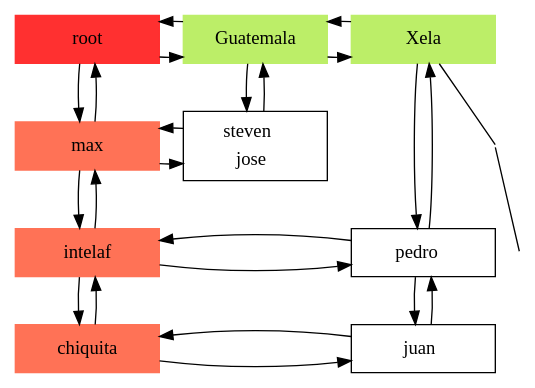
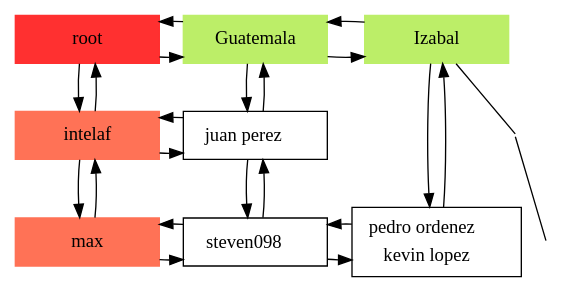
One commit to Stevensis/EDD20VJ_Proyecto1 changed the diagram in Prueba.dot. Above: the diagram before and after it, drawn with Graphviz. The commit also changed 19 other files, not shown here.

```diff
--- a/Prueba.dot
+++ b/Prueba.dot
@@ -1,56 +1,48 @@
 digraph Sparce_Matrix { 
  node [shape=box];
 -1[ label = "root", width = 1.5, style = filled, color = firebrick1, group = 1 ]; 
  e0[ shape = point, width = 0 ]; 
  e1[ shape = point, width = 0 ]; 
 
  /* Empresas */ 
-1 [label = "max"    pos = "5.3,3.5!" width = 1.5 style = filled, color = coral1, group = 1 ]; 
+1 [label = "intelaf"    pos = "5.3,3.5!" width = 1.5 style = filled, color = coral1, group = 1 ]; 
 { rank = same; 1 ; 0 }
 1 -> 0
 0 -> 1
 e0[ shape = point, width = 0 ];{ rank = same; 1; e0 }
  /* Empresas */ 
-4 [label = "intelaf"    pos = "5.3,3.5!" width = 1.5 style = filled, color = coral1, group = 1 ]; 
-{ rank = same; 4 ; 3 }
+4 [label = "max"    pos = "5.3,3.5!" width = 1.5 style = filled, color = coral1, group = 1 ]; 
+{ rank = same; 4 ; 3 ; 5 }
 4 -> 3
 3 -> 4
+3 -> 5
+5 -> 3
 e1[ shape = point, width = 0 ];{ rank = same; 4; e1 }
- /* Empresas */ 
-7 [label = "chiquita"    pos = "5.3,3.5!" width = 1.5 style = filled, color = coral1, group = 1 ]; 
-{ rank = same; 7 ; 6 }
-7 -> 6
-6 -> 7
-e2[ shape = point, width = 0 ];{ rank = same; 7; e2 }
    /* Enlacex entre empresas */ 
 1 -> 4
 4 -> 1
 
-   /* Enlacex entre empresas */ 
-4 -> 7
-7 -> 4
+ /* Departamentos */ 
+2 [label = "Guatemala"   width = 1.5 style = filled, color = darkolivegreen2, group =2 ];
+0 [label = <<table border = "0"><tr><td>juan perez</td></tr></table>>, width = 1.5, group = 2 ];
+3 [label = <<table border = "0"><tr><td>steven098</td></tr></table>>, width = 1.5, group = 2 ];
+2 -> 0
+0 -> 2
+0 -> 3
+3 -> 0
 
  /* Departamentos */ 
-2 [label = "Guatemala"   width = 1.5 style = filled, color = darkolivegreen2, group =2 ];
-0 [label = <<table border = "0"><tr><td>steven</td></tr><tr><td>jose</td></tr></table>>, width = 1.5, group = 2 ];
-2 -> 0
-0 -> 2
-
- /* Departamentos */ 
-5 [label = "Xela"   width = 1.5 style = filled, color = darkolivegreen2, group =3 ];
-3 [label = <<table border = "0"><tr><td>pedro</td></tr></table>>, width = 1.5, group = 3 ];
-6 [label = <<table border = "0"><tr><td>juan</td></tr></table>>, width = 1.5, group = 3 ];
-5 -> 3
-3 -> 5
-3 -> 6
-6 -> 3
+6 [label = "Izabal"   width = 1.5 style = filled, color = darkolivegreen2, group =3 ];
+5 [label = <<table border = "0"><tr><td>pedro ordenez</td></tr><tr><td>kevin lopez</td></tr></table>>, width = 1.5, group = 3 ];
+6 -> 5
+5 -> 6
 
    /* Enlaces entre departamentos */ 
-2 -> 5
-5 -> 2
-5 -> e0 -> e1[ dir = none ];-1 -> 2
+2 -> 6
+6 -> 2
+6 -> e0 -> e1[ dir = none ];-1 -> 2
 2 -> -1
 -1 -> 1
 1 -> -1
- { rank = same; -1; 2; 5;  }
+ { rank = same; -1; 2; 6;  }
 }
```
